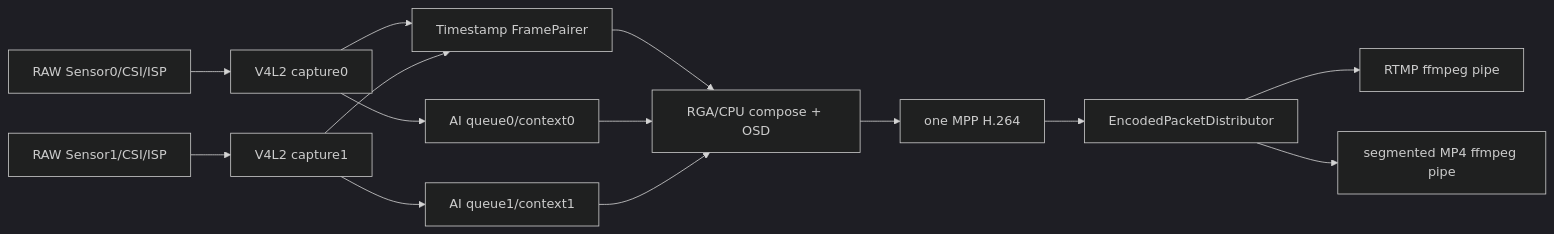
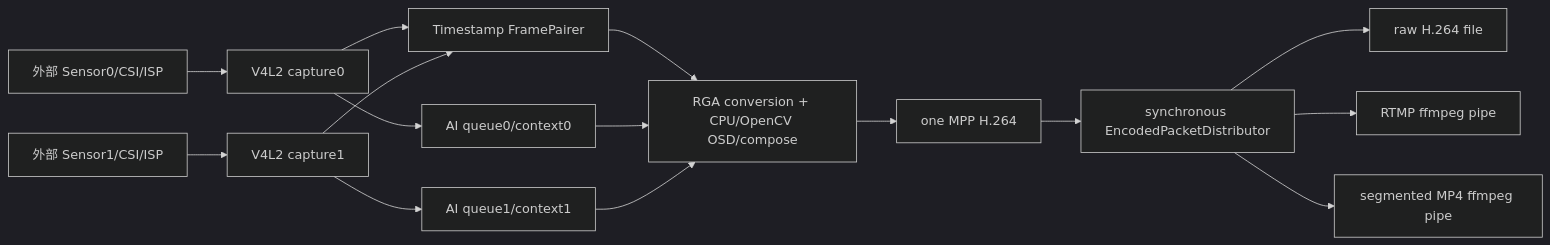
One commit to 201811510216lf/rk3588-camera-isp-realtime-multimedia changed the diagram in docs/PIPELINE_AND_OWNERSHIP.md. Above: the diagram before and after it, drawn with Mermaid (dark theme). The commit also changed other lines of this file and 43 other files, not shown here.

First line of the commit message:
Align architecture docs and fix per-camera NPU core selection

````diff
--- a/docs/PIPELINE_AND_OWNERSHIP.md
+++ b/docs/PIPELINE_AND_OWNERSHIP.md
@@ -3,16 +5,17 @@
 ```mermaid
 flowchart LR
- S0[RAW Sensor0/CSI/ISP]-->V0[V4L2 capture0]
- S1[RAW Sensor1/CSI/ISP]-->V1[V4L2 capture1]
+ S0[外部 Sensor0/CSI/ISP]-->V0[V4L2 capture0]
+ S1[外部 Sensor1/CSI/ISP]-->V1[V4L2 capture1]
  V0-->P[Timestamp FramePairer]
  V1-->P
  V0-->A0[AI queue0/context0]
  V1-->A1[AI queue1/context1]
- P-->C[RGA/CPU compose + OSD]
+ P-->C[RGA conversion + CPU/OpenCV OSD/compose]
  A0-->C
  A1-->C
  C-->M[one MPP H.264]
- M-->D[EncodedPacketDistributor]
+ M-->D[synchronous EncodedPacketDistributor]
+ D-->R[raw H.264 file]
  D-->T[RTMP ffmpeg pipe]
  D-->F[segmented MP4 ffmpeg pipe]
 ```
````
